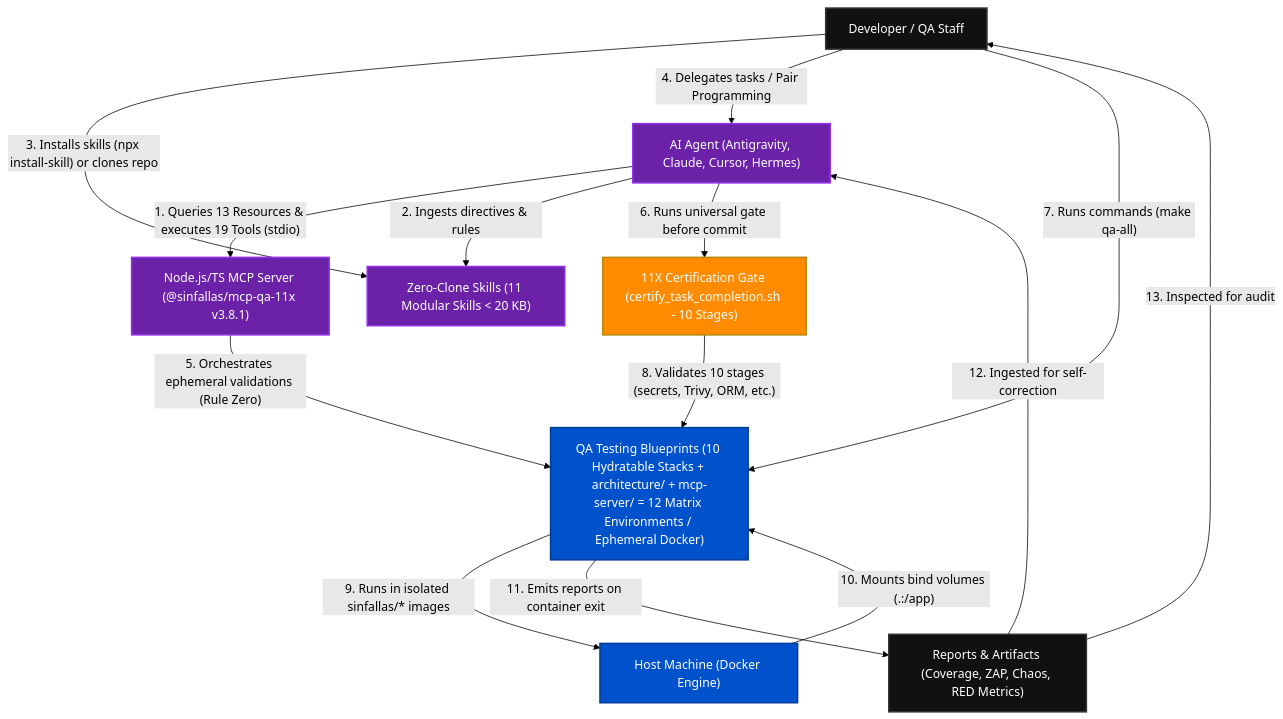
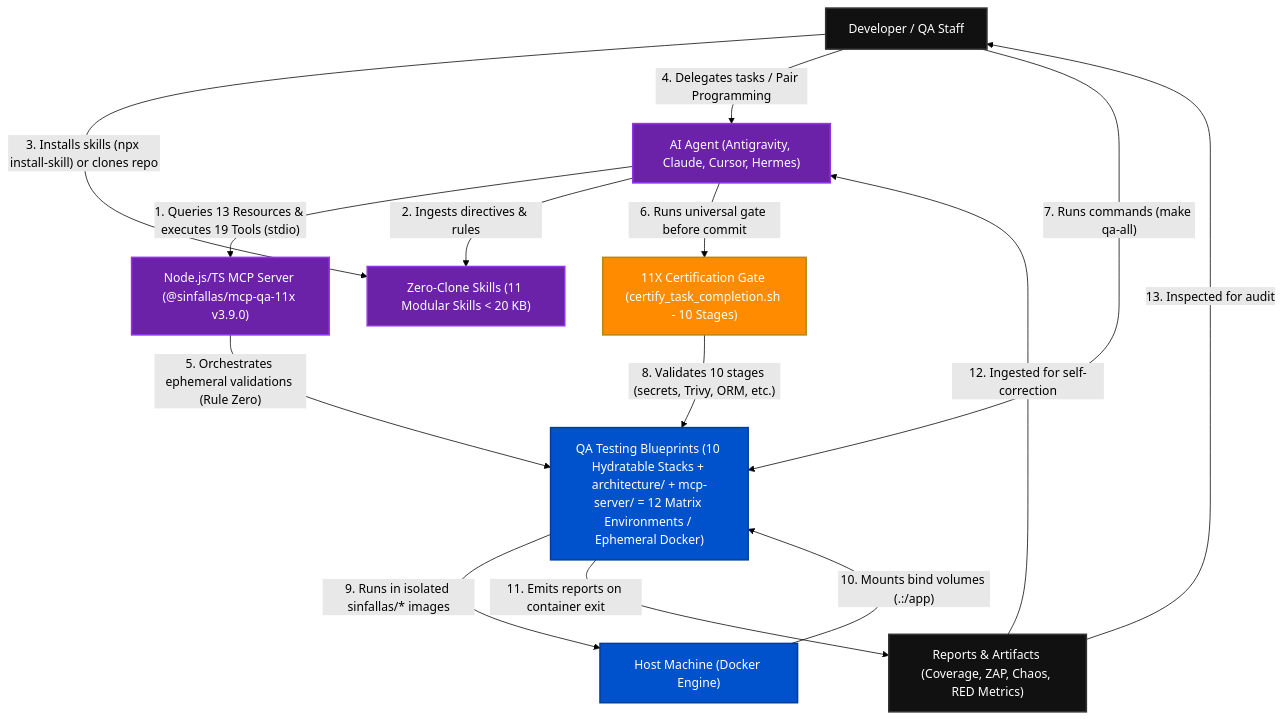
Before and after one commit to tecno-consultores/qa-testing-blueprints: the first of 3 diagrams in docs/ARCHITECTURE_C4.md, drawn with Mermaid (forest theme). The commit also changed other lines of this file and 104 other files, not shown here.

````diff
--- a/docs/ARCHITECTURE_C4.md
+++ b/docs/ARCHITECTURE_C4.md
@@ -12,33 +12,33 @@
 ```mermaid
 flowchart TD
     Human["Developer / QA Staff"]
     Agent["AI Agent (Antigravity, Claude, Cursor, Hermes)"]
-    MCP["Node.js/TS MCP Server (@sinfallas/mcp-qa-11x v3.8.1)"]
+    MCP["Node.js/TS MCP Server (@sinfallas/mcp-qa-11x v3.9.0)"]
     Skill["Zero-Clone Skills (11 Modular Skills < 20 KB)"]
     Gate["11X Certification Gate (certify_task_completion.sh - 10 Stages)"]
     QA["QA Testing Blueprints (10 Hydratable Stacks + architecture/ + mcp-server/ = 12 Matrix Environments / Ephemeral Docker)"]
     Host["Host Machine (Docker Engine)"]
     Reports["Reports & Artifacts (Coverage, ZAP, Chaos, RED Metrics)"]
 
     Agent -->|"1. Queries 13 Resources & executes 19 Tools (stdio)"| MCP
     Agent -->|"2. Ingests directives & rules"| Skill
     Human -->|"3. Installs skills (npx install-skill) or clones repo"| Skill
     Human -->|"4. Delegates tasks / Pair Programming"| Agent
     MCP -->|"5. Orchestrates ephemeral validations (Rule Zero)"| QA
     Agent -->|"6. Runs universal gate before commit"| Gate
     Human -->|"7. Runs commands (make qa-all)"| QA
     Gate -->|"8. Validates 10 stages (secrets, Trivy, ORM, etc.)"| QA
     QA -->|"9. Runs in isolated sinfallas/* images"| Host
     Host -->|"10. Mounts bind volumes (.:/app)"| QA
     QA -->|"11. Emits reports on container exit"| Reports
     Reports -->|"12. Ingested for self-correction"| Agent
     Reports -->|"13. Inspected for audit"| Human
 
     classDef default fill:#111,stroke:#333,stroke-width:2px,color:#fff;
     classDef highlight fill:#0052cc,stroke:#003d99,stroke-width:2px,color:#fff;
     classDef barrier fill:#ff8c00,stroke:#b8860b,stroke-width:2px,color:#fff;
     classDef ai fill:#6b21a8,stroke:#9333ea,stroke-width:2px,color:#fff;
     class QA,Host highlight;
     class Gate barrier;
     class Agent,MCP,Skill ai;
 ```
````
